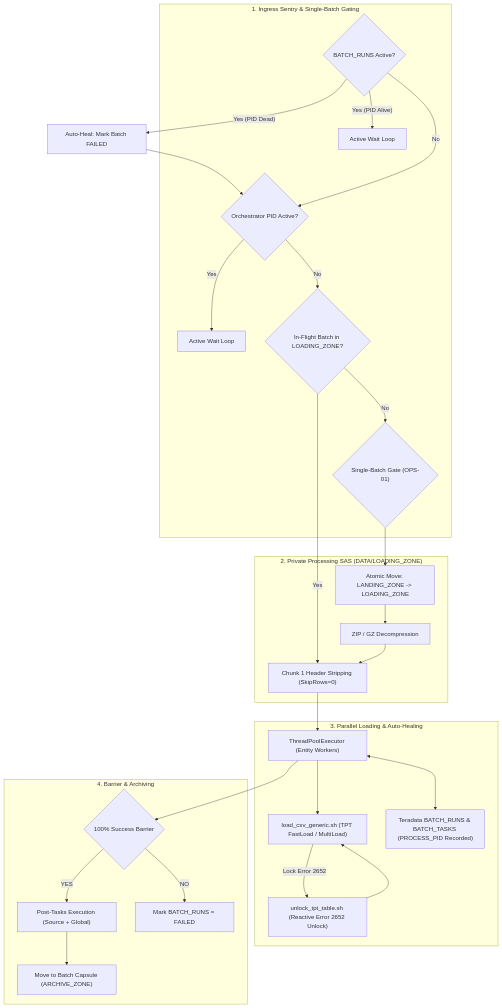
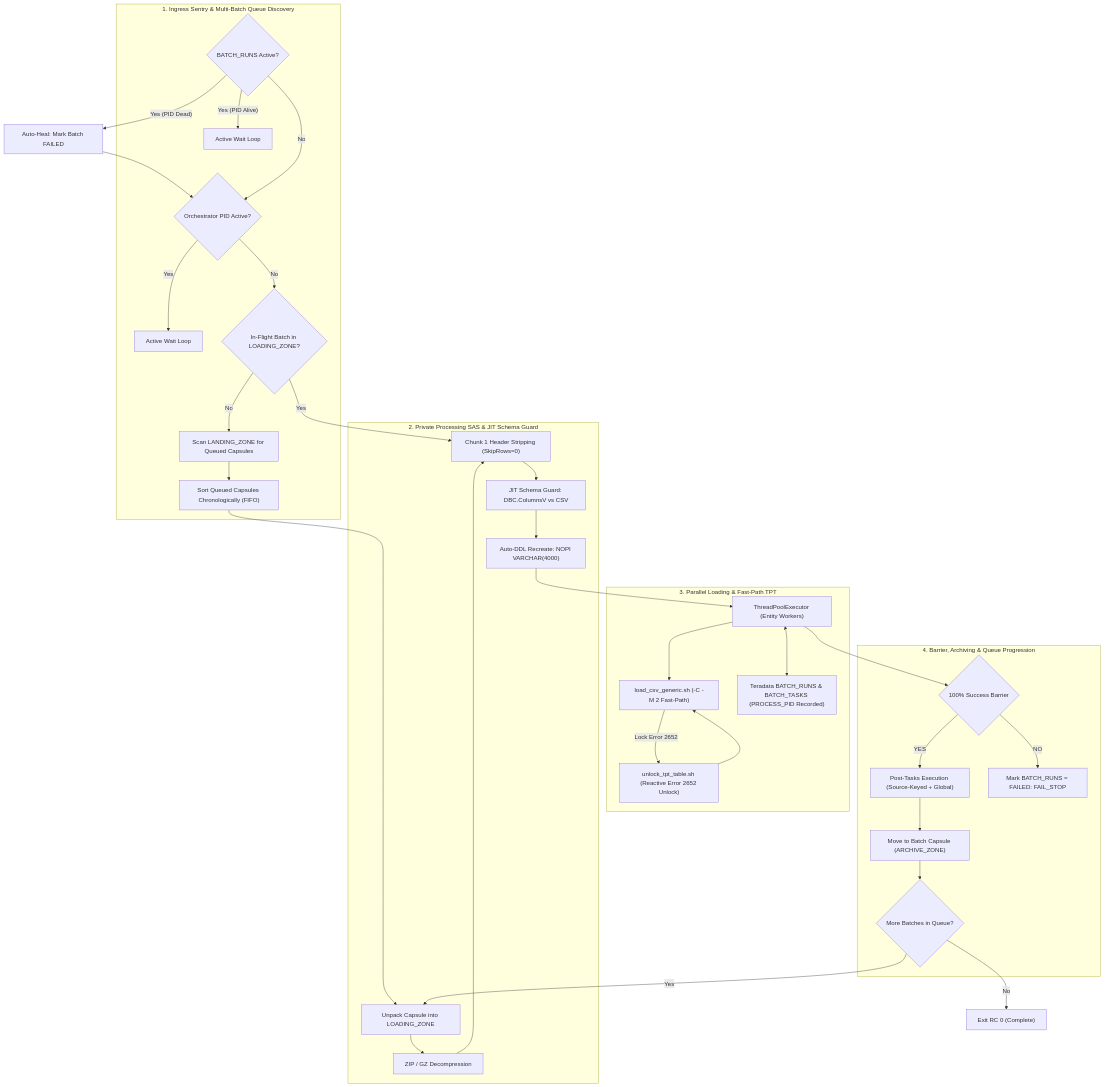
One commit to manisadegh/DATA_INGESTION_ORCHESTRATOR changed the first of 2 diagrams in docs/02_functional_specification.md. Above: the diagram before and after it, drawn with Mermaid. The commit also changed other lines of this file and 4 other files, not shown here.

Commit message:
docs(orchestrator): update complete documentation suite for Phase 03 multi-batch FIFO queue consumer (JIT Schema Guard, fast-path O(1) verify, -C -M 2, source-keyed post-tasks)

````diff
--- a/docs/02_functional_specification.md
+++ b/docs/02_functional_specification.md
@@ -10,46 +10,53 @@
 ```mermaid
 flowchart TD
-    subgraph INGRESS_GATING["1. Ingress Sentry & Single-Batch Gating"]
+    subgraph INGRESS_GATING["1. Ingress Sentry & Multi-Batch Queue Discovery"]
         DBSentry{"BATCH_RUNS Active?"}
         WaitDB["Active Wait Loop"]
         PIDSentry{"Orchestrator PID Active?"}
         WaitPID["Active Wait Loop"]
         InFlight{"In-Flight Batch in LOADING_ZONE?"}
-        Gate{"Single-Batch Gate (OPS-01)"}
+        ScanQueue["Scan LANDING_ZONE for Queued Capsules"]
+        FIFOSort["Sort Queued Capsules Chronologically (FIFO)"]
     end
 
-    subgraph ISOLATED_SAS["2. Private Processing SAS (DATA/LOADING_ZONE)"]
-        AtomicTransfer["Atomic Move: LANDING_ZONE -> LOADING_ZONE"]
+    subgraph ISOLATED_SAS["2. Private Processing SAS & JIT Schema Guard"]
+        AtomicTransfer["Unpack Capsule into LOADING_ZONE"]
         Decomp["ZIP / GZ Decompression"]
         HeaderNorm["Chunk 1 Header Stripping (SkipRows=0)"]
+        JITGuard["JIT Schema Guard: DBC.ColumnsV vs CSV"]
+        AutoDDL["Auto-DDL Recreate: NOPI VARCHAR(4000)"]
     end
 
-    subgraph PARALLEL_LOAD["3. Parallel Loading & Auto-Healing"]
+    subgraph PARALLEL_LOAD["3. Parallel Loading & Fast-Path TPT"]
         Workers["ThreadPoolExecutor (Entity Workers)"]
-        TPT["load_csv_generic.sh (TPT FastLoad / MultiLoad)"]
+        TPT["load_csv_generic.sh (-C -M 2 Fast-Path)"]
         Unlock["unlock_tpt_table.sh (Reactive Error 2652 Unlock)"]
         DBState["Teradata BATCH_RUNS & BATCH_TASKS (PROCESS_PID Recorded)"]
     end
 
-    subgraph COMPLETION["4. Barrier & Archiving"]
+    subgraph COMPLETION["4. Barrier, Archiving & Queue Progression"]
         Barrier{"100% Success Barrier"}
-        PostTasks["Post-Tasks Execution (Source + Global)"]
+        PostTasks["Post-Tasks Execution (Source-Keyed + Global)"]
         Archive["Move to Batch Capsule (ARCHIVE_ZONE)"]
-        FailRun["Mark BATCH_RUNS = FAILED"]
+        NextBatch{"More Batches in Queue?"}
+        FailRun["Mark BATCH_RUNS = FAILED: FAIL_STOP"]
     end
 
     DBSentry -- Yes (PID Alive) --> WaitDB
     DBSentry -- Yes (PID Dead) --> Heal["Auto-Heal: Mark Batch FAILED"] --> PIDSentry
     DBSentry -- No --> PIDSentry
     PIDSentry -- Yes --> WaitPID
     PIDSentry -- No --> InFlight
     InFlight -- Yes --> HeaderNorm
-    InFlight -- No --> Gate
-    Gate --> AtomicTransfer --> Decomp --> HeaderNorm --> Workers
+    InFlight -- No --> ScanQueue --> FIFOSort --> AtomicTransfer
+    AtomicTransfer --> Decomp --> HeaderNorm --> JITGuard
+    JITGuard --> AutoDDL --> Workers
     Workers --> TPT
     TPT -->|Lock Error 2652| Unlock --> TPT
     Workers <--> DBState
     Workers --> Barrier
-    Barrier -->|YES| PostTasks --> Archive
+    Barrier -->|YES| PostTasks --> Archive --> NextBatch
+    NextBatch -- Yes --> AtomicTransfer
+    NextBatch -- No --> Finish["Exit RC 0 (Complete)"]
     Barrier -->|NO| FailRun
 ```
````
